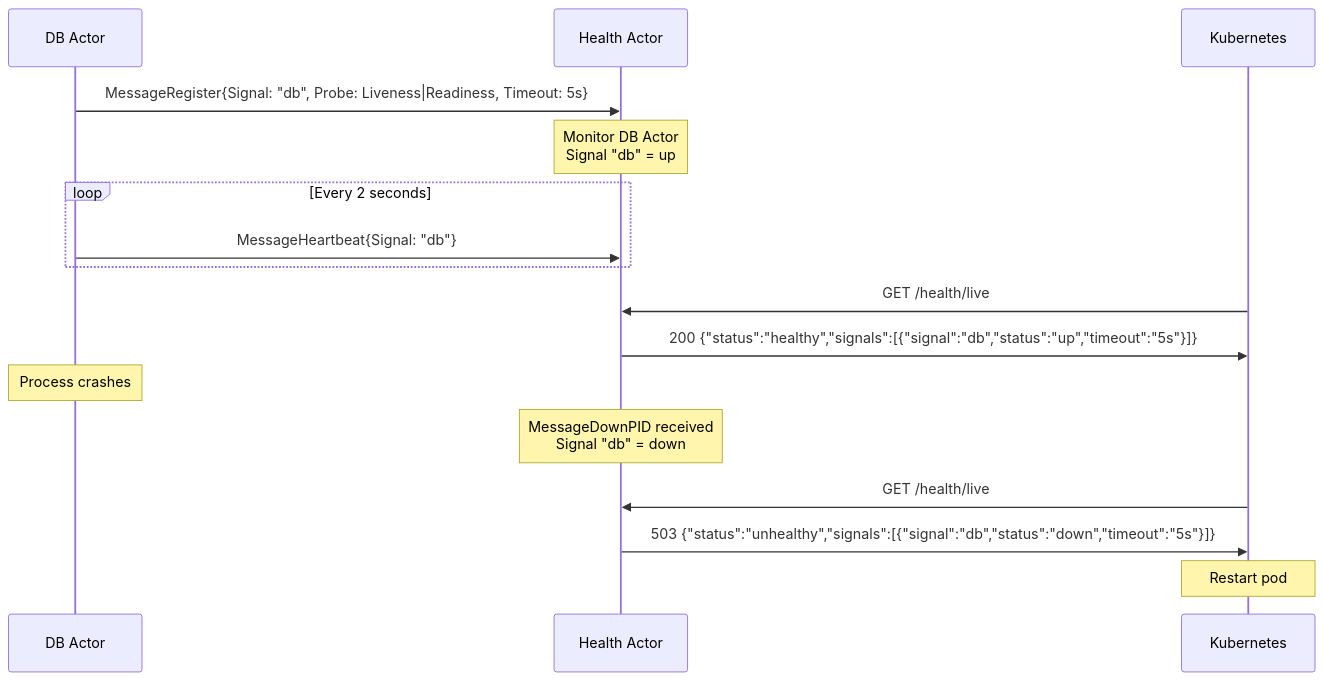
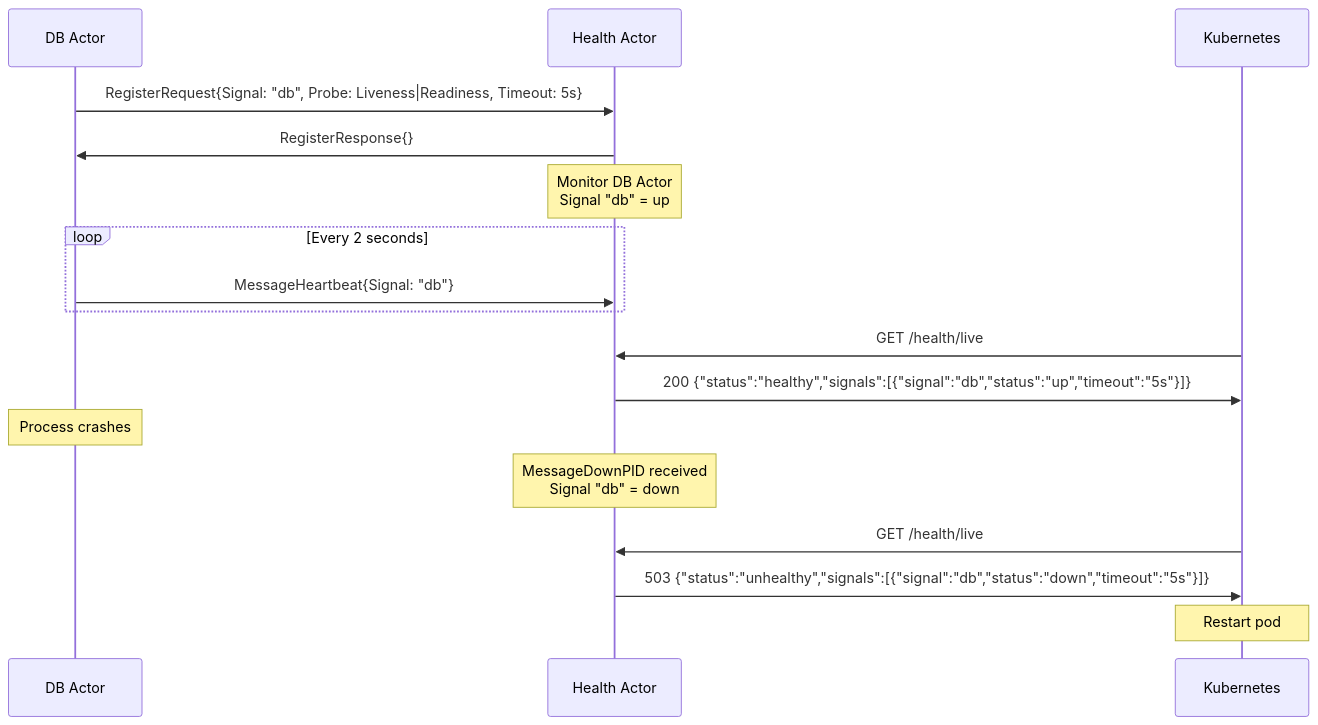
The diagram in docs/extra-library/actors/health.md (ergo-services/ergo), drawn with Mermaid before and after one commit. The commit also changed other lines of this file and 2 other files, not shown here.

````diff
--- a/docs/extra-library/actors/health.md
+++ b/docs/extra-library/actors/health.md
@@ -33,24 +33,25 @@
 ```mermaid
 sequenceDiagram
     participant DB as DB Actor
     participant H as Health Actor
     participant K as Kubernetes
 
-    DB->>H: MessageRegister{Signal: "db", Probe: Liveness|Readiness, Timeout: 5s}
+    DB->>H: RegisterRequest{Signal: "db", Probe: Liveness|Readiness, Timeout: 5s}
+    H->>DB: RegisterResponse{}
     Note over H: Monitor DB Actor<br/>Signal "db" = up
 
     loop Every 2 seconds
         DB->>H: MessageHeartbeat{Signal: "db"}
     end
 
     K->>H: GET /health/live
     H->>K: 200 {"status":"healthy","signals":[{"signal":"db","status":"up","timeout":"5s"}]}
 
     Note over DB: Process crashes
     Note over H: MessageDownPID received<br/>Signal "db" = down
 
     K->>H: GET /health/live
     H->>K: 503 {"status":"unhealthy","signals":[{"signal":"db","status":"down","timeout":"5s"}]}
 
     Note over K: Restart pod
 ```
````
